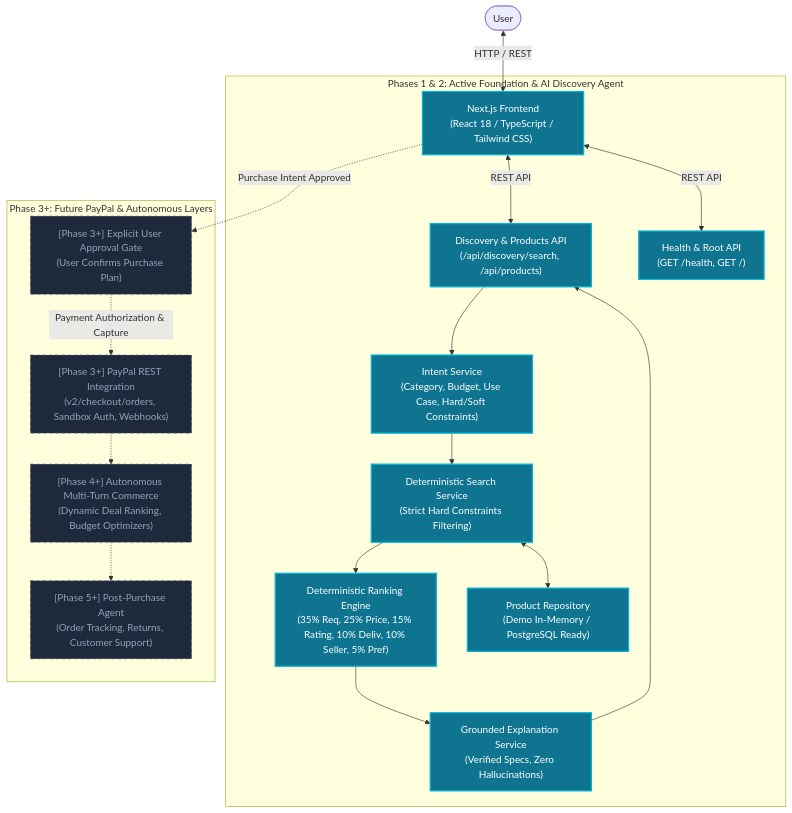
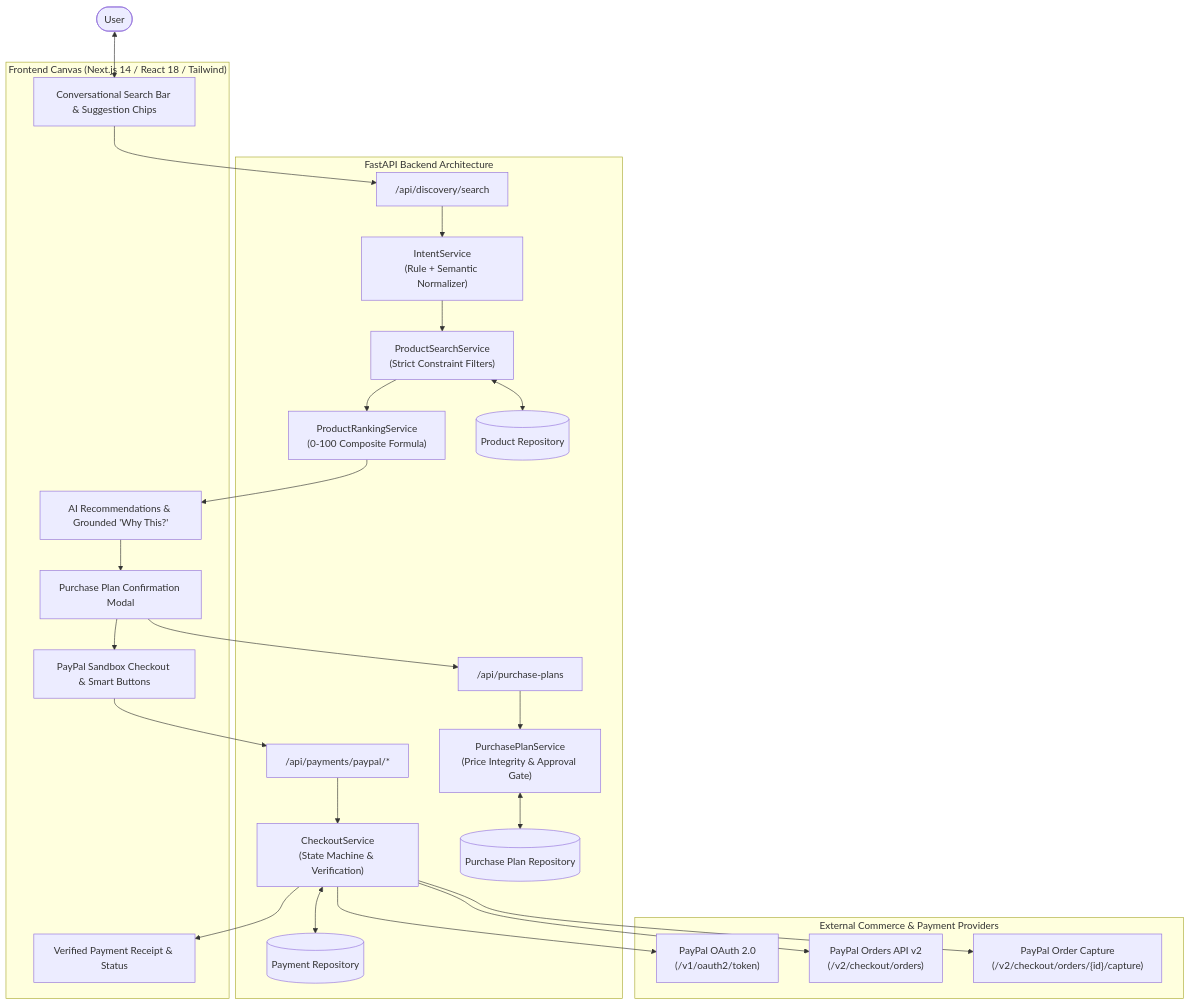
Before and after one commit to atleekumaar/paypilot: the first of 2 diagrams in docs/architecture.md, drawn with Mermaid. The commit also changed other lines of this file and 1 other file, not shown here.

Commit message:
docs: document paypal checkout integration

````diff
--- a/docs/architecture.md
+++ b/docs/architecture.md
@@ -13,42 +11,50 @@
 ```mermaid
 flowchart TD
     User([User])
     
-    subgraph Phase1_2 ["Phases 1 & 2: Active Foundation & AI Discovery Agent"]
-        Frontend["Next.js Frontend\n(React 18 / TypeScript / Tailwind CSS)"]
-        DiscoveryAPI["Discovery & Products API\n(/api/discovery/search, /api/products)"]
-        HealthAPI["Health & Root API\n(GET /health, GET /)"]
-        IntentService["Intent Service\n(Category, Budget, Use Case, Hard/Soft Constraints)"]
-        SearchService["Deterministic Search Service\n(Strict Hard Constraints Filtering)"]
-        RankingService["Deterministic Ranking Engine\n(35% Req, 25% Price, 15% Rating, 10% Deliv, 10% Seller, 5% Pref)"]
-        ExplanationService["Grounded Explanation Service\n(Verified Specs, Zero Hallucinations)"]
-        Repository["Product Repository\n(Demo In-Memory / PostgreSQL Ready)"]
+    subgraph Client ["Frontend Canvas (Next.js 14 / React 18 / Tailwind)"]
+        UI_Search["Conversational Search Bar & Suggestion Chips"]
+        UI_Results["AI Recommendations & Grounded 'Why This?'"]
+        UI_Plan["Purchase Plan Confirmation Modal"]
+        UI_PayPal["PayPal Sandbox Checkout & Smart Buttons"]
+        UI_Receipt["Verified Payment Receipt & Status"]
     end
 
-    subgraph FuturePhases ["Phase 3+: Future PayPal & Autonomous Layers"]
-        ApprovalGate["[Phase 3+] Explicit User Approval Gate\n(User Confirms Purchase Plan)"]
-        PayPalInt["[Phase 3+] PayPal REST Integration\n(v2/checkout/orders, Sandbox Auth, Webhooks)"]
-        AgenticCommerce["[Phase 4+] Autonomous Multi-Turn Commerce\n(Dynamic Deal Ranking, Budget Optimizers)"]
-        PostPurchase["[Phase 5+] Post-Purchase Agent\n(Order Tracking, Returns, Customer Support)"]
+    subgraph BackendCore ["FastAPI Backend Architecture"]
+        API_Discovery["/api/discovery/search"]
+        API_Plans["/api/purchase-plans"]
+        API_Payments["/api/payments/paypal/*"]
+        
+        IntentSvc["IntentService\n(Rule + Semantic Normalizer)"]
+        SearchSvc["ProductSearchService\n(Strict Constraint Filters)"]
+        RankSvc["ProductRankingService\n(0-100 Composite Formula)"]
+        PlanSvc["PurchasePlanService\n(Price Integrity & Approval Gate)"]
+        CheckoutSvc["CheckoutService\n(State Machine & Verification)"]
+        
+        Repo_Catalog[(Product Repository)]
+        Repo_Plans[(Purchase Plan Repository)]
+        Repo_Payments[(Payment Repository)]
     end
 
-    User <-->|HTTP / REST| Frontend
-    Frontend <-->|REST API| DiscoveryAPI
-    Frontend <-->|REST API| HealthAPI
-    DiscoveryAPI --> IntentService
-    IntentService --> SearchService
-    SearchService <--> Repository
-    SearchService --> RankingService
-    RankingService --> ExplanationService
-    ExplanationService --> DiscoveryAPI
+    subgraph ExternalServices ["External Commerce & Payment Providers"]
+        PayPal_Auth["PayPal OAuth 2.0\n(/v1/oauth2/token)"]
+        PayPal_Orders["PayPal Orders API v2\n(/v2/checkout/orders)"]
+        PayPal_Capture["PayPal Order Capture\n(/v2/checkout/orders/{id}/capture)"]
+    end
 
-    Frontend -.->|Purchase Intent Approved| ApprovalGate
-    ApprovalGate -.->|Payment Authorization & Capture| PayPalInt
-    PayPalInt -.-> AgenticCommerce
-    AgenticCommerce -.-> PostPurchase
-
-    classDef active fill:#0e7490,stroke:#06b6d4,stroke-width:2px,color:#fff;
-    classDef future fill:#1e293b,stroke:#475569,stroke-width:1px,stroke-dasharray: 5 5,color:#94a3b8;
-    class Frontend,DiscoveryAPI,HealthAPI,IntentService,SearchService,RankingService,ExplanationService,Repository active;
-    class ApprovalGate,PayPalInt,AgenticCommerce,PostPurchase future;
+    User <--> UI_Search
+    UI_Search --> API_Discovery
+    API_Discovery --> IntentSvc --> SearchSvc <--> Repo_Catalog
+    SearchSvc --> RankSvc --> UI_Results
+    
+    UI_Results --> UI_Plan
+    UI_Plan --> API_Plans --> PlanSvc <--> Repo_Plans
+    
+    UI_Plan --> UI_PayPal
+    UI_PayPal --> API_Payments --> CheckoutSvc
+    CheckoutSvc <--> Repo_Payments
+    CheckoutSvc --> PayPal_Auth
+    CheckoutSvc --> PayPal_Orders
+    CheckoutSvc --> PayPal_Capture
+    CheckoutSvc --> UI_Receipt
 ```
````
